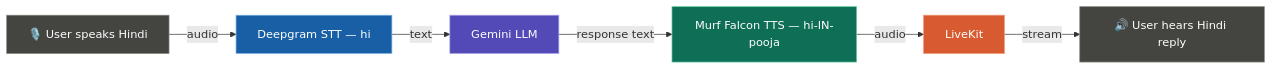
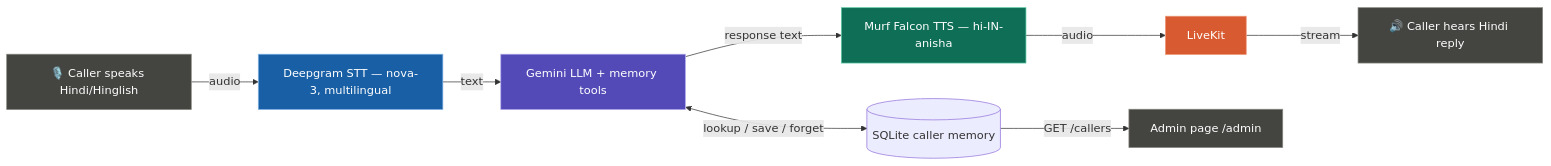
One commit to amajali-784/Voice-for-Bharat-Challenge-2026_MurfAI changed the diagram in README.md. Above: the diagram before and after it, drawn with Mermaid. The commit also changed other lines of this file and 19 other files, not shown here.

````diff
--- a/README.md
+++ b/README.md
@@ -39,15 +40,18 @@
 ```mermaid
 flowchart LR
-    A[🎙️ User speaks Hindi] -->|audio| B[Deepgram STT — hi]
-    B -->|text| C[Gemini LLM]
-    C -->|response text| D[Murf Falcon TTS — hi-IN-pooja]
+    A[🎙️ Caller speaks Hindi/Hinglish] -->|audio| B[Deepgram STT — nova-3, multilingual]
+    B -->|text| C[Gemini LLM + memory tools]
+    C <-->|lookup / save / forget| M[(SQLite caller memory)]
+    C -->|response text| D[Murf Falcon TTS — hi-IN-anisha]
     D -->|audio| E[LiveKit]
-    E -->|stream| F[🔊 User hears Hindi reply]
+    E -->|stream| F[🔊 Caller hears Hindi reply]
+    M -->|GET /callers| G[Admin page /admin]
 
     style A fill:#444441,stroke:#888780,color:#fff
     style B fill:#185FA5,stroke:#85B7EB,color:#fff
     style C fill:#534AB7,stroke:#AFA9EC,color:#fff
     style D fill:#0F6E56,stroke:#5DCAA5,color:#fff
     style E fill:#D85A30,stroke:#F0997B,color:#fff
     style F fill:#444441,stroke:#888780,color:#fff
+    style G fill:#444441,stroke:#888780,color:#fff
 ```
````
